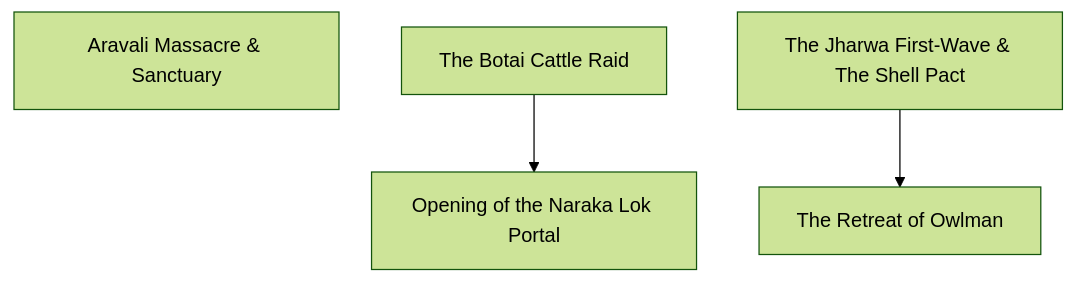
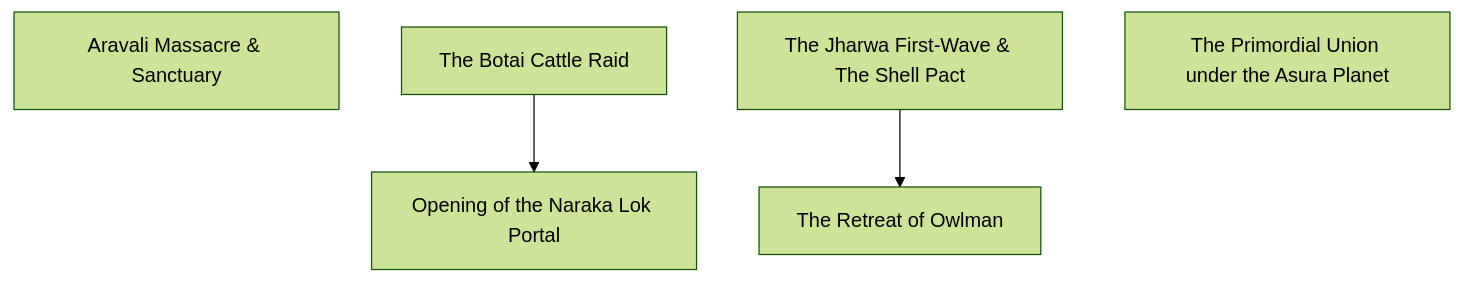
Before and after one commit to lordlebu/SouthOfTethys: the third of 6 diagrams in docs/atlas.md, drawn with Mermaid (forest theme). The commit also changed other lines of this file and 20 other files, not shown here.

````diff
--- a/docs/atlas.md
+++ b/docs/atlas.md
@@ -99,10 +104,11 @@
 ```mermaid
 graph TD
     E0["Aravali Massacre & Sanctuary"]
     E1["The Botai Cattle Raid"]
     E2["The Jharwa First-Wave & The Shell Pact"]
     E3["Opening of the Naraka Lok Portal"]
     E4["The Retreat of Owlman"]
+    E5["The Primordial Union under the Asura Planet"]
     E1 --> E3
     E2 --> E4
 ```
````
